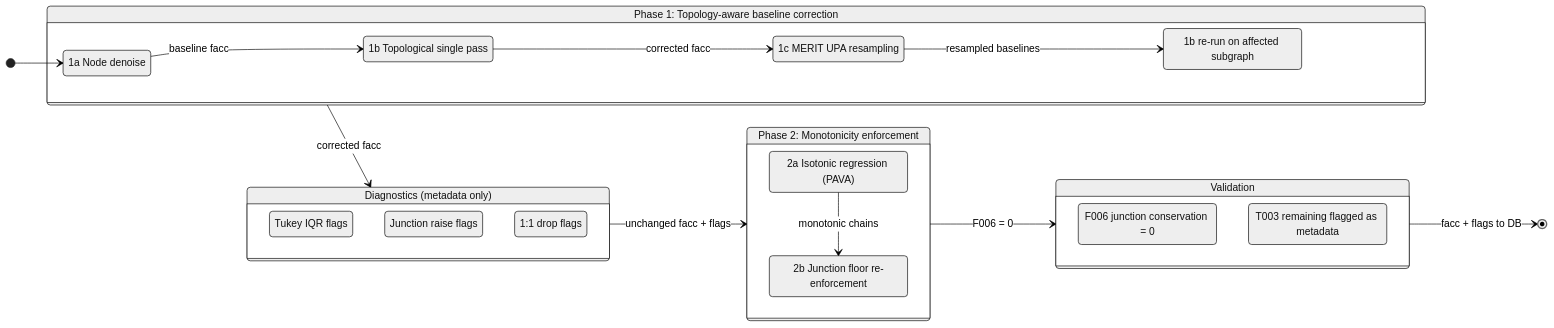
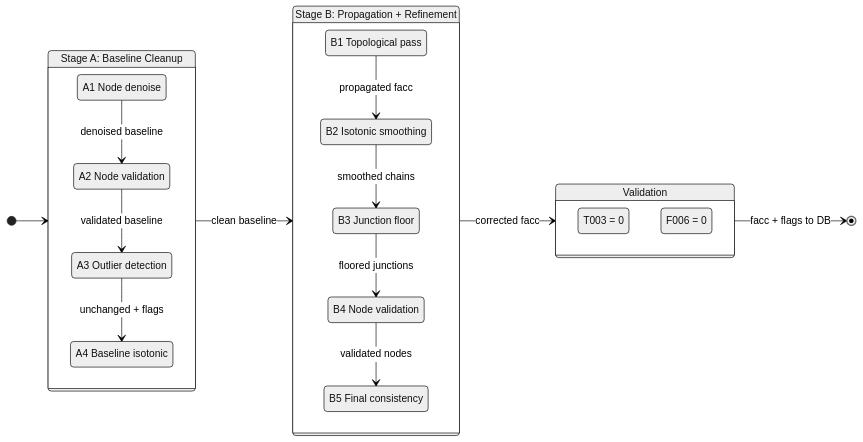
One commit to ealtenau/SWORD changed the diagram in docs/facc_correction_methodology.md. Above: the diagram before and after it, drawn with Mermaid (neutral theme). The commit also changed other lines of this file and 6 other files, not shown here.

First line of the commit message:
Rewrite facc report for biphase architecture, update figures

````diff
--- a/docs/facc_correction_methodology.md
+++ b/docs/facc_correction_methodology.md
@@ -104,41 +104,39 @@
 ```mermaid
 stateDiagram-v2
     direction LR
 
-    [*] --> Phase1a
+    [*] --> StageA
 
-    state "Phase 1: Topology-aware baseline correction" as P1 {
-        state "1a Node denoise" as Phase1a
-        state "1b Topological single pass" as Phase1b
-        state "1c MERIT UPA resampling" as Phase1c
-        state "1b re-run on affected subgraph" as Phase1b_rerun
+    state "Stage A: Baseline Cleanup" as StageA {
+        state "A1 Node denoise" as A1
+        state "A2 Node validation" as A2
+        state "A3 Outlier detection" as A3
+        state "A4 Baseline isotonic" as A4
 
-        Phase1a --> Phase1b : baseline facc
-        Phase1b --> Phase1c : corrected facc
-        Phase1c --> Phase1b_rerun : resampled baselines
+        A1 --> A2 : denoised baseline
+        A2 --> A3 : validated baseline
+        A3 --> A4 : unchanged + flags
     }
 
-    state "Diagnostics (metadata only)" as Diag {
-        state "Tukey IQR flags" as Flag1
-        state "Junction raise flags" as Flag2
-        state "1:1 drop flags" as Flag3
+    state "Stage B: Propagation + Refinement" as StageB {
+        state "B1 Topological pass" as B1
+        state "B2 Isotonic smoothing" as B2
+        state "B3 Junction floor" as B3
+        state "B4 Node validation" as B4
+        state "B5 Final consistency" as B5
+
+        B1 --> B2 : propagated facc
+        B2 --> B3 : smoothed chains
+        B3 --> B4 : floored junctions
+        B4 --> B5 : validated nodes
     }
 
-    state "Phase 2: Monotonicity enforcement" as P2 {
-        state "2a Isotonic regression (PAVA)" as Phase2a
-        state "2b Junction floor re-enforcement" as Phase2b
-
-        Phase2a --> Phase2b : monotonic chains
+    state "Validation" as Validation {
+        state "T003 = 0" as T003check
+        state "F006 = 0" as F006check
     }
 
-    P1 --> Diag : corrected facc
-    Diag --> P2 : unchanged facc + flags
-    P2 --> Validation : F006 = 0
-
-    state "Validation" as Validation {
-        state "F006 junction conservation = 0" as F006check
-        state "T003 remaining flagged as metadata" as T003flag
-    }
-
+    StageA --> StageB : clean baseline
+    StageB --> Validation : corrected facc
     Validation --> [*] : facc + flags to DB
 ```
````
